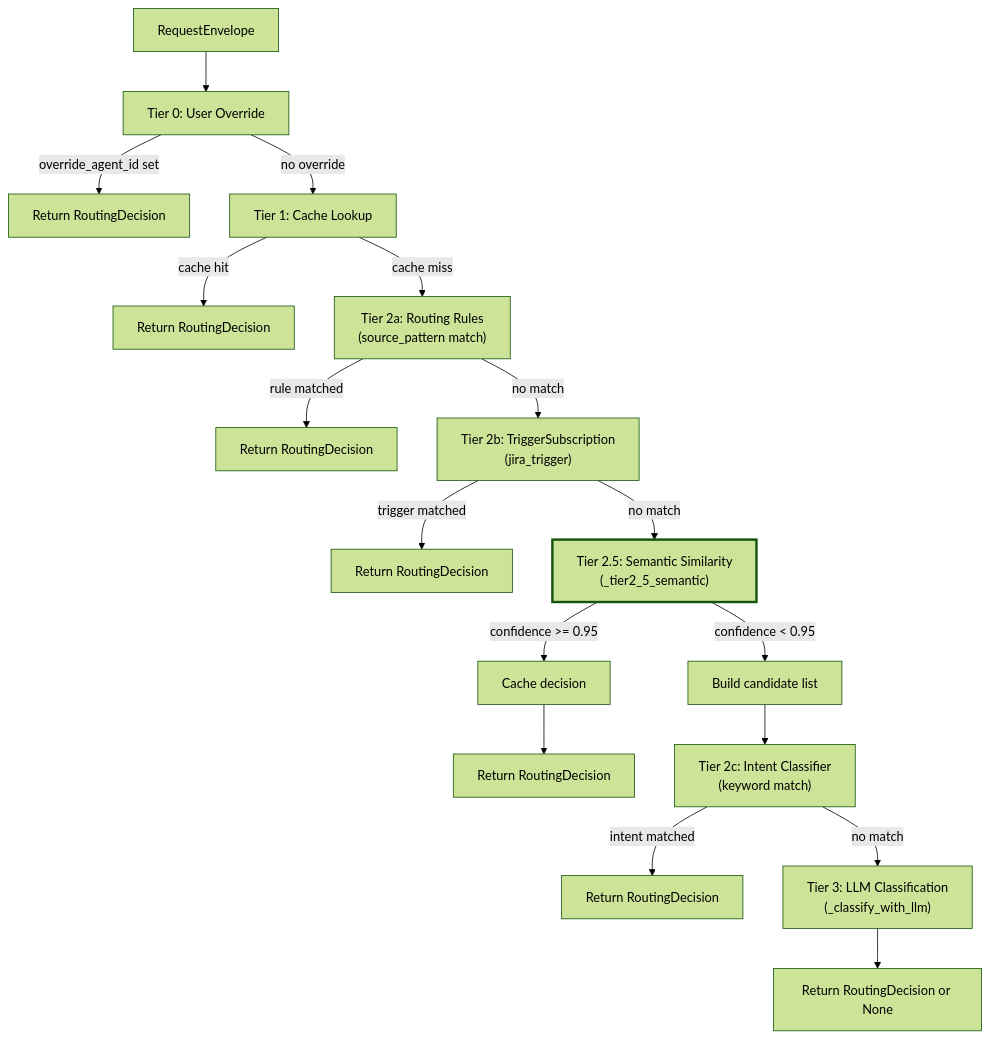
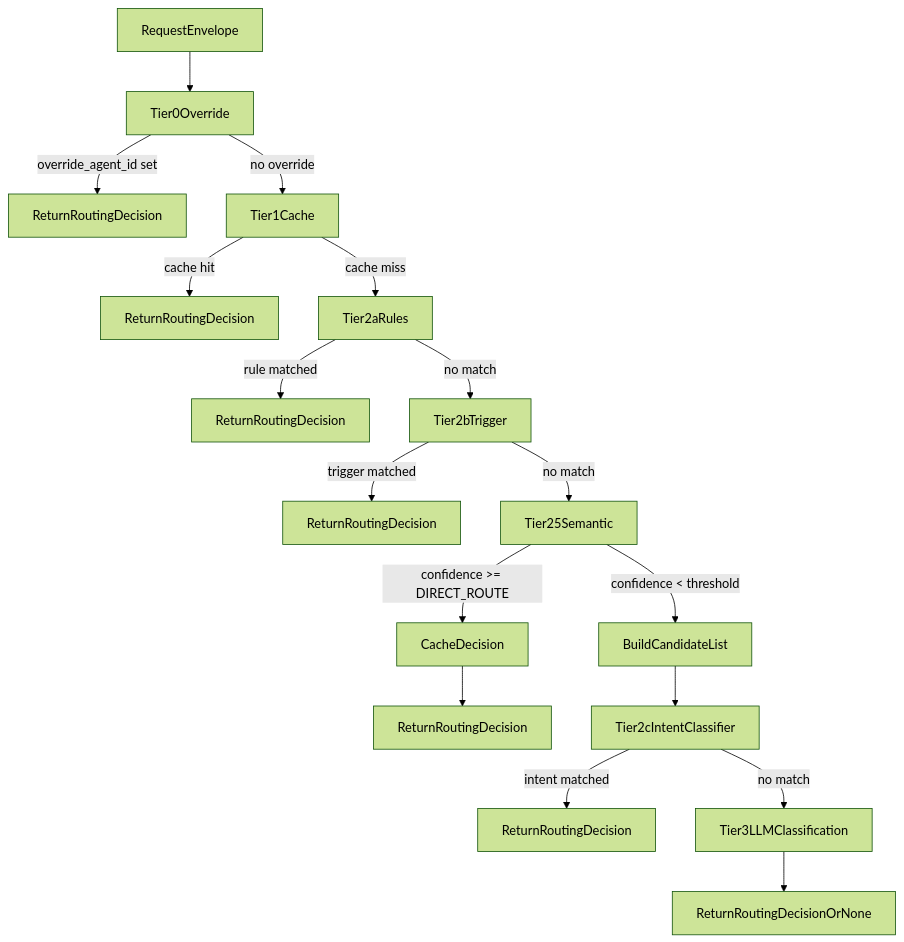
The first of 4 diagrams in docs/universal-router/tier-25-semantic-similarity.md (AutomatosAI/automatos-ai), drawn with Mermaid (forest theme) before and after one commit. The commit also changed other lines of this file and 191 other files, not shown here.

````diff
--- a/docs/universal-router/tier-25-semantic-similarity.md
+++ b/docs/universal-router/tier-25-semantic-similarity.md
@@ -45,28 +63,26 @@
 ```mermaid
 flowchart TD
-    Start["RequestEnvelope"] --> T0["Tier 0: User Override"]
-    T0 -->|"override_agent_id set"| Decision1["Return RoutingDecision"]
-    T0 -->|"no override"| T1["Tier 1: Cache Lookup"]
+    Start["RequestEnvelope"] --> T0["Tier0Override"]
+    T0 -->|"override_agent_id set"| Decision1["ReturnRoutingDecision"]
+    T0 -->|"no override"| T1["Tier1Cache"]
     
-    T1 -->|"cache hit"| Decision2["Return RoutingDecision"]
-    T1 -->|"cache miss"| T2a["Tier 2a: Routing Rules<br/>(source_pattern match)"]
+    T1 -->|"cache hit"| Decision2["ReturnRoutingDecision"]
+    T1 -->|"cache miss"| T2a["Tier2aRules"]
     
-    T2a -->|"rule matched"| Decision3["Return RoutingDecision"]
-    T2a -->|"no match"| T2b["Tier 2b: TriggerSubscription<br/>(jira_trigger)"]
+    T2a -->|"rule matched"| Decision3["ReturnRoutingDecision"]
+    T2a -->|"no match"| T2b["Tier2bTrigger"]
     
-    T2b -->|"trigger matched"| Decision4["Return RoutingDecision"]
-    T2b -->|"no match"| T25["Tier 2.5: Semantic Similarity<br/>(_tier2_5_semantic)"]
+    T2b -->|"trigger matched"| Decision4["ReturnRoutingDecision"]
+    T2b -->|"no match"| T25["Tier25Semantic"]
     
-    T25 -->|"confidence >= 0.95"| CachePut["Cache decision"]
-    CachePut --> Decision5["Return RoutingDecision"]
+    T25 -->|"confidence >= DIRECT_ROUTE"| CachePut["CacheDecision"]
+    CachePut --> Decision5["ReturnRoutingDecision"]
     
-    T25 -->|"confidence < 0.95"| Candidates["Build candidate list"]
-    Candidates --> T2c["Tier 2c: Intent Classifier<br/>(keyword match)"]
+    T25 -->|"confidence < threshold"| Candidates["BuildCandidateList"]
+    Candidates --> T2c["Tier2cIntentClassifier"]
     
-    T2c -->|"intent matched"| Decision6["Return RoutingDecision"]
-    T2c -->|"no match"| T3["Tier 3: LLM Classification<br/>(_classify_with_llm)"]
+    T2c -->|"intent matched"| Decision6["ReturnRoutingDecision"]
+    T2c -->|"no match"| T3["Tier3LLMClassification"]
     
-    T3 --> Decision7["Return RoutingDecision or None"]
-    
-    style T25 stroke-width:3px
+    T3 --> Decision7["ReturnRoutingDecisionOrNone"]
 ```
````
